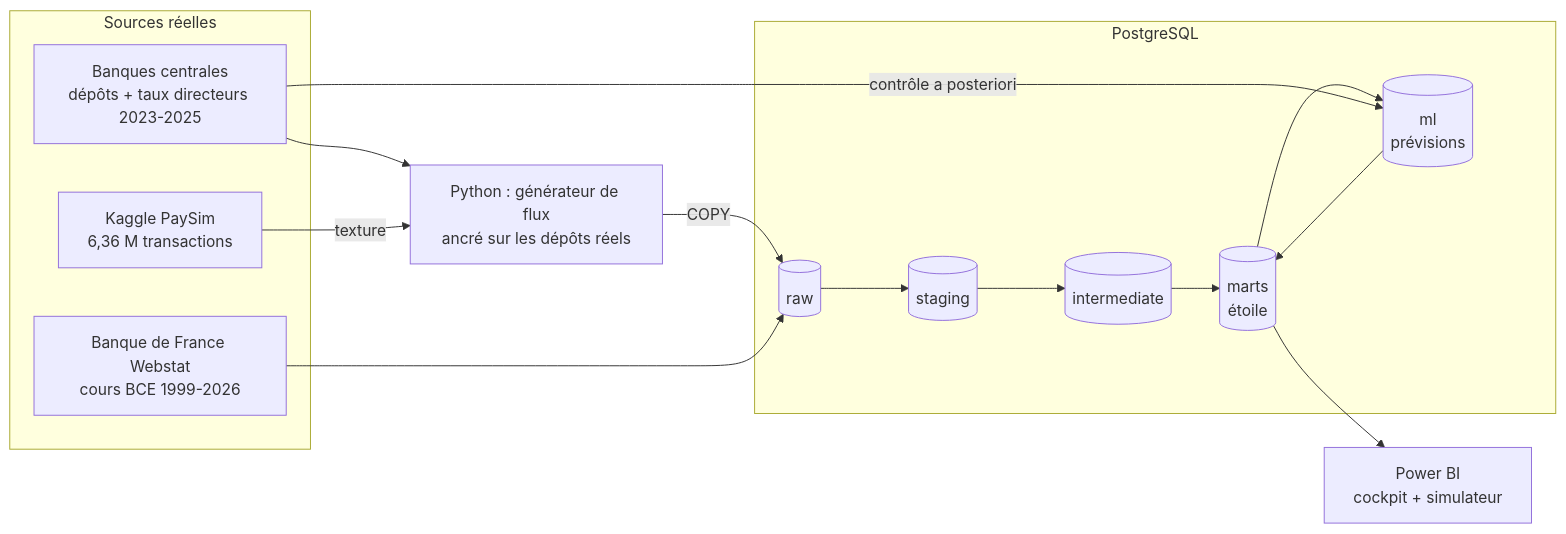
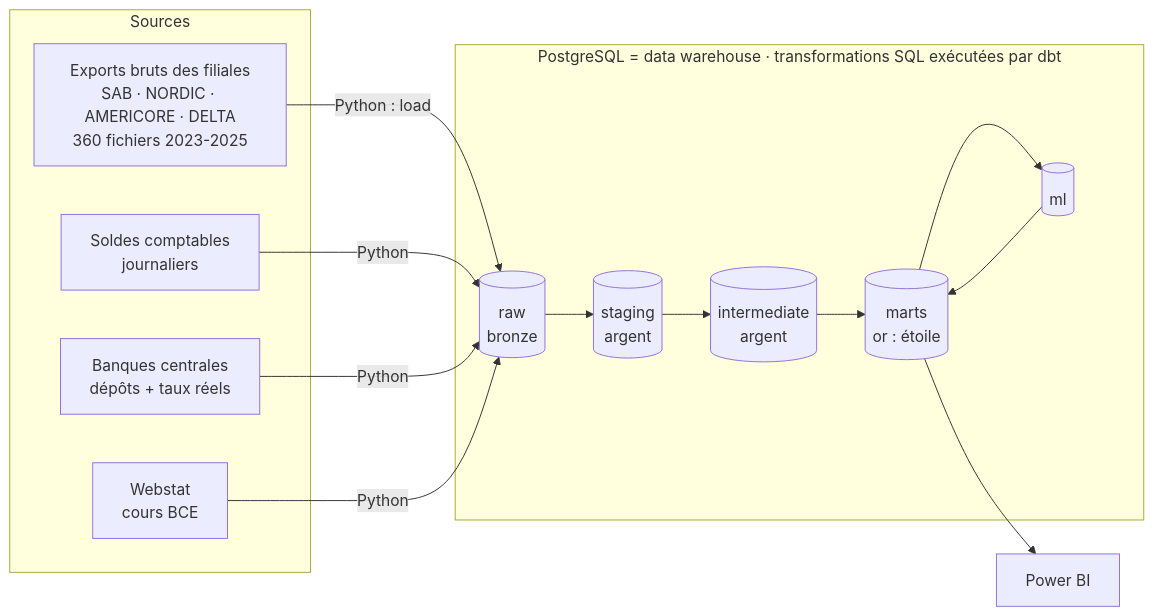
Before and after one commit to mehdi182003/projet_bi_finance: the first of 2 diagrams in README.md, drawn with Mermaid. The commit also changed other lines of this file and 412 other files, not shown here.

````diff
--- a/README.md
+++ b/README.md
@@ -21,19 +21,18 @@
 ```mermaid
 flowchart LR
-    subgraph Sources réelles
-        BC[Banques centrales<br/>dépôts + taux directeurs 2023-2025]
-        W[Banque de France Webstat<br/>cours BCE 1999-2026]
-        K[Kaggle PaySim<br/>6,36 M transactions]
+    subgraph Sources
+        F[Exports bruts des filiales<br/>SAB · NORDIC · AMERICORE · DELTA<br/>360 fichiers 2023-2025]
+        GL[Soldes comptables<br/>journaliers]
+        BC[Banques centrales<br/>dépôts + taux réels]
+        W[Webstat<br/>cours BCE]
     end
-    G[Python : générateur de flux<br/>ancré sur les dépôts réels]
-    subgraph PostgreSQL
-        RAW[(raw)] --> STG[(staging)] --> INT[(intermediate)] --> MARTS[(marts<br/>étoile)]
-        MARTS --> ML[(ml<br/>prévisions)] --> MARTS
+    subgraph PostgreSQL [PostgreSQL = data warehouse · transformations SQL exécutées par dbt]
+        RAW[(raw<br/>bronze)] --> STG[(staging<br/>argent)] --> INT[(intermediate<br/>argent)] --> MARTS[(marts<br/>or : étoile)]
+        MARTS --> ML[(ml)] --> MARTS
     end
-    BC --> G
-    K -- texture --> G
-    G -- COPY --> RAW
-    W --> RAW
-    BC -- contrôle a posteriori --> ML
-    MARTS --> PBI[Power BI<br/>cockpit + simulateur]
+    F -- Python : load --> RAW
+    GL -- Python --> RAW
+    BC -- Python --> RAW
+    W -- Python --> RAW
+    MARTS --> PBI[Power BI]
 ```
````
